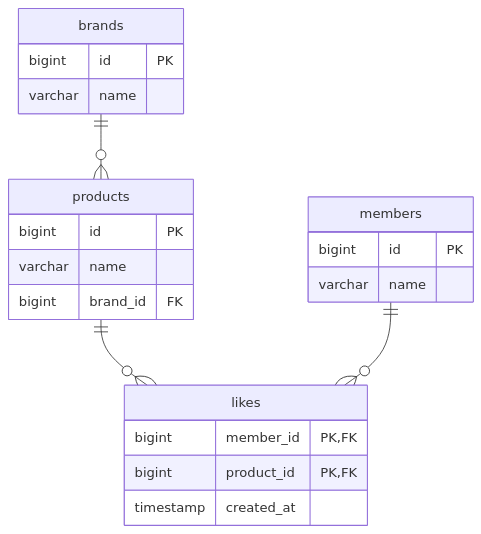
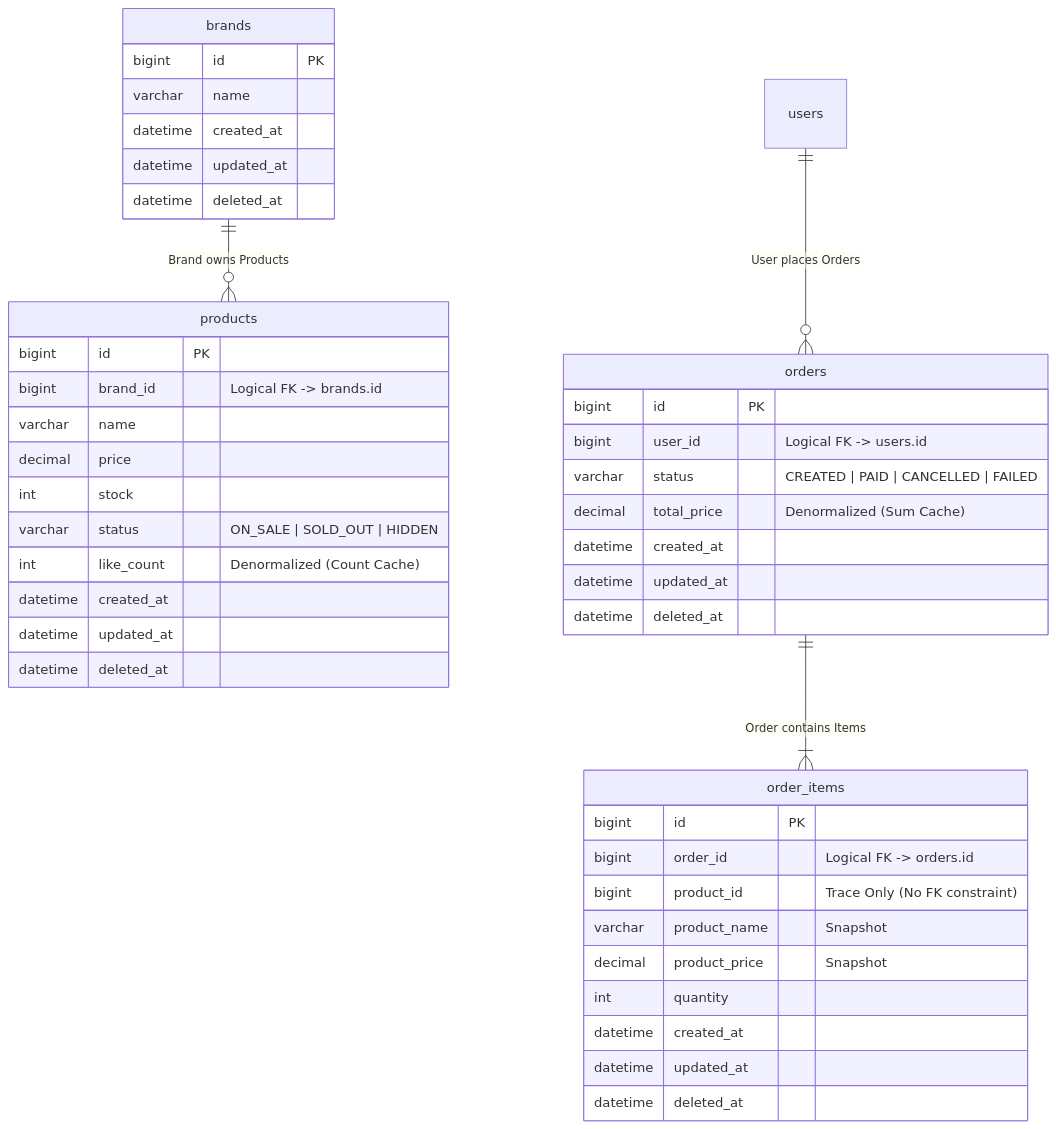
Before and after one commit to Loopers-dev-lab/loop-pack-be-l2-vol3-kotlin: the diagram in .claude/skills/erd/SKILL.md, drawn with Mermaid. The commit also changed other lines of this file and 5 other files, not shown here.

````diff
--- a/.claude/skills/erd/SKILL.md
+++ b/.claude/skills/erd/SKILL.md
@@ -29,25 +107,49 @@
 ```mermaid
 erDiagram
-    products {
-        bigint id PK
-        varchar name
-        bigint brand_id FK
-    }
     brands {
         bigint id PK
         varchar name
-    }
-    likes {
-        bigint member_id PK, FK
-        bigint product_id PK, FK
-        timestamp created_at
-    }
-    members {
-        bigint id PK
-        varchar name
+        datetime created_at
+        datetime updated_at
+        datetime deleted_at
     }
 
-    products ||--o{ likes: ""
-    members ||--o{ likes: ""
-    brands ||--o{ products: ""
-  ```
+    products {
+        bigint id PK
+        bigint brand_id "Logical FK -> brands.id"
+        varchar name
+        decimal price
+        int stock
+        varchar status "ON_SALE | SOLD_OUT | HIDDEN"
+        int like_count "Denormalized (Count Cache)"
+        datetime created_at
+        datetime updated_at
+        datetime deleted_at
+    }
+
+    orders {
+        bigint id PK
+        bigint user_id "Logical FK -> users.id"
+        varchar status "CREATED | PAID | CANCELLED | FAILED"
+        decimal total_price "Denormalized (Sum Cache)"
+        datetime created_at
+        datetime updated_at
+        datetime deleted_at
+    }
+
+    order_items {
+        bigint id PK
+        bigint order_id "Logical FK -> orders.id"
+        bigint product_id "Trace Only (No FK constraint)"
+        varchar product_name "Snapshot"
+        decimal product_price "Snapshot"
+        int quantity
+        datetime created_at
+        datetime updated_at
+        datetime deleted_at
+    }
+
+    brands ||--o{ products: "Brand owns Products"
+    users ||--o{ orders: "User places Orders"
+    orders ||--|{ order_items: "Order contains Items"
+```
````
